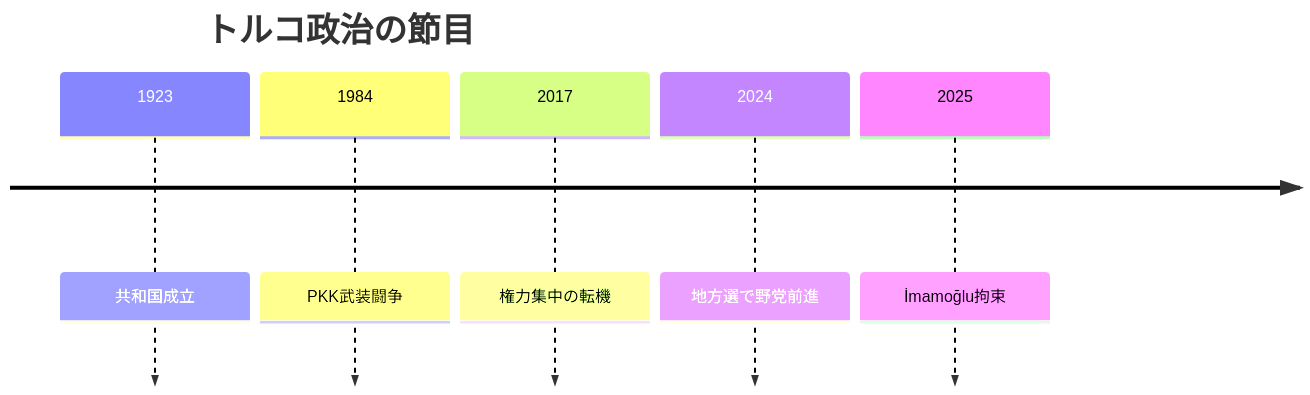
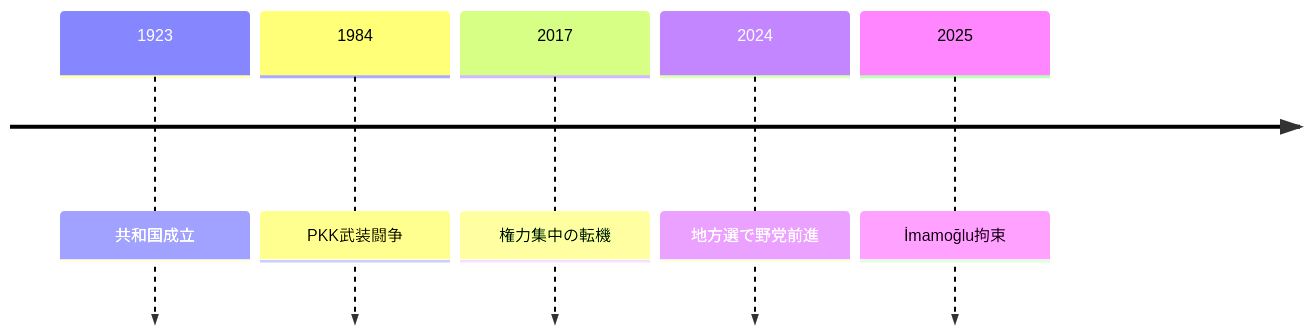
One commit to daylight55/research changed the second of 3 diagrams in articles/report/turkiye-geopolitical-profile/ja/index.mdx. Above: the diagram before and after it, drawn with Mermaid. The commit also changed other lines of this file and 181 other files, not shown here.

First line of the commit message:
全記事の図解368点を再生成し、共通注意書きを削除 (#402)

````diff
--- a/articles/report/turkiye-geopolitical-profile/ja/index.mdx
+++ b/articles/report/turkiye-geopolitical-profile/ja/index.mdx
@@ -56,9 +63,12 @@
 ```mermaid
 timeline
-  title トルコ政治の節目
+  accTitle: トルコの国家形成と権力集中の節目
+  accDescr: 共和国成立、クルド武装闘争、統治制度の変更、地方選、野党政治家への措置を年代で区別する。
+  accTitle: トルコの国家形成と権力集中の節目
+  accDescr: 共和国成立、クルド武装闘争、統治制度の変更、地方選、野党政治家への措置を年代で区別する。
   1923 : 共和国成立
   1984 : PKK武装闘争
   2017 : 権力集中の転機
   2024 : 地方選で野党前進
   2025 : İmamoğlu拘束
 ```
````
